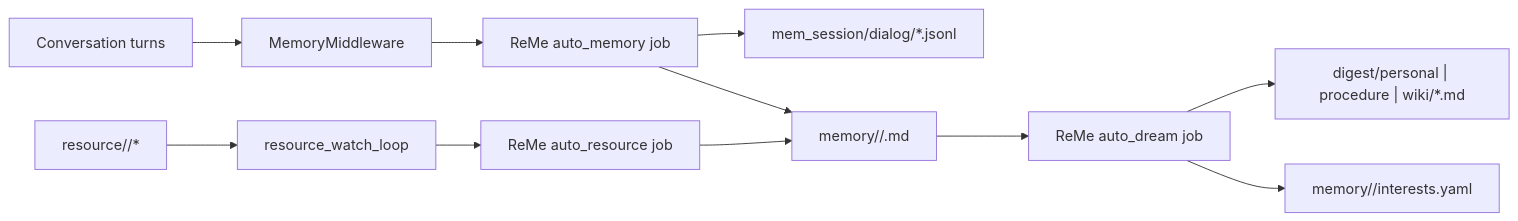
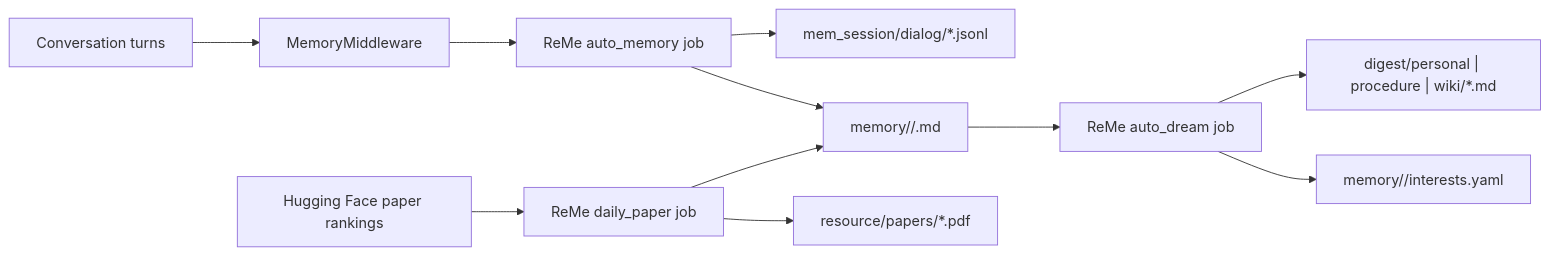
The diagram in website/public/docs/memory-evolving-and-proactive.en.md (1105623876/QwenPaw), drawn with Mermaid before and after one commit. The commit also changed other lines of this file and 62 other files, not shown here.

Commit message:
feat(memory): add embedding hot updates and Daily Paper to ReMe Light (#6772)

````diff
--- a/website/public/docs/memory-evolving-and-proactive.en.md
+++ b/website/public/docs/memory-evolving-and-proactive.en.md
@@ -51,13 +51,13 @@
 ```mermaid
 graph LR
     A[Conversation turns] --> B[MemoryMiddleware]
     B --> C[ReMe auto_memory job]
     C --> D[mem_session/dialog/*.jsonl]
     C --> E[memory/<date>/<note>.md]
-    R[resource/<date>/*] --> S[resource_watch_loop]
-    S --> T[ReMe auto_resource job]
-    T --> E
+    R[Hugging Face paper rankings] --> S[ReMe daily_paper job]
+    S --> T[resource/papers/*.pdf]
+    S --> E
     E --> U[ReMe auto_dream job]
     U --> V["digest/personal | procedure | wiki/*.md"]
     U --> W[memory/<date>/interests.yaml]
 ```
````
